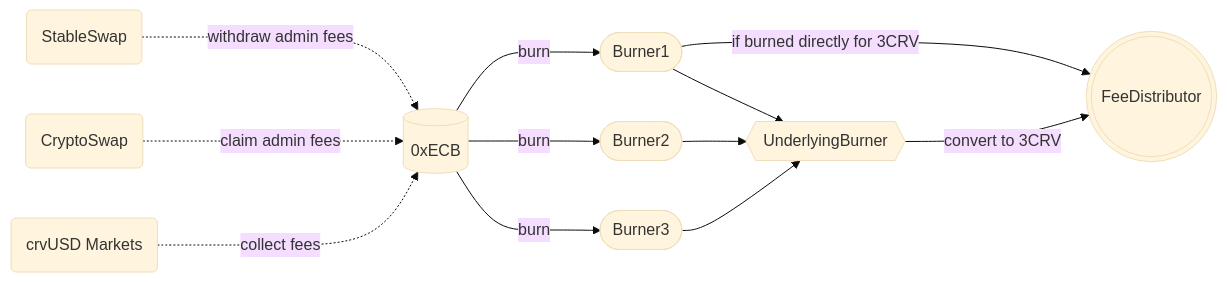
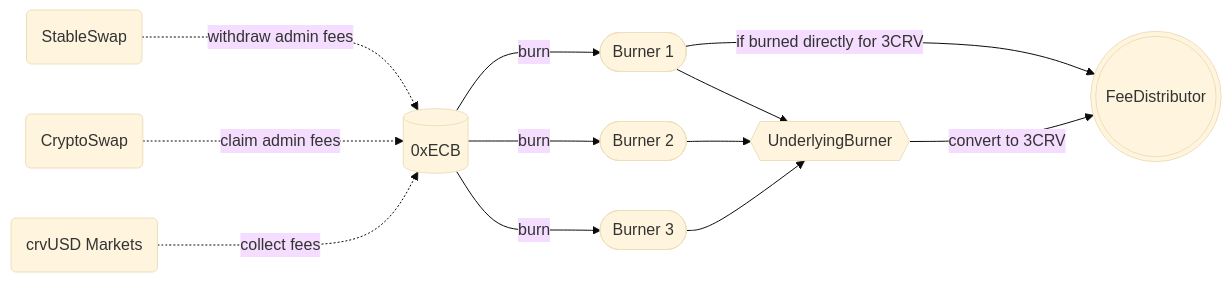
One commit to CurveDocs/curve-docs changed the diagram in docs/curve_dao/fee-collection-distribution/burner.md. Above: the diagram before and after it, drawn with Mermaid (base theme). The commit also changed other lines of this file, not shown here.

````diff
--- a/docs/curve_dao/fee-collection-distribution/burner.md
+++ b/docs/curve_dao/fee-collection-distribution/burner.md
@@ -11,18 +11,18 @@
 ```mermaid
 flowchart LR
 
   p[(0xECB)]
   v1(StableSwap) ..->|withdraw admin fees| p;
   v2(CryptoSwap) ..-> |claim admin fees| p;
   crvUSD(crvUSD Markets) ..-> |collect fees| p;
 
-  p --->|burn| b1([Burner1]);
-  p -->|burn| b2([Burner2]);
-  p -->|burn| b3([Burner3]);
+  p --->|burn| b1([Burner 1]);
+  p -->|burn| b2([Burner 2]);
+  p -->|burn| b3([Burner 3]);
 
   b1 --> ub{{UnderlyingBurner}}
   b1 --> |if burned directly for 3CRV| fd(((FeeDistributor)))
   b2 --> ub
   b3 --> ub
   ub --> |convert to 3CRV| fd
 ```
````
